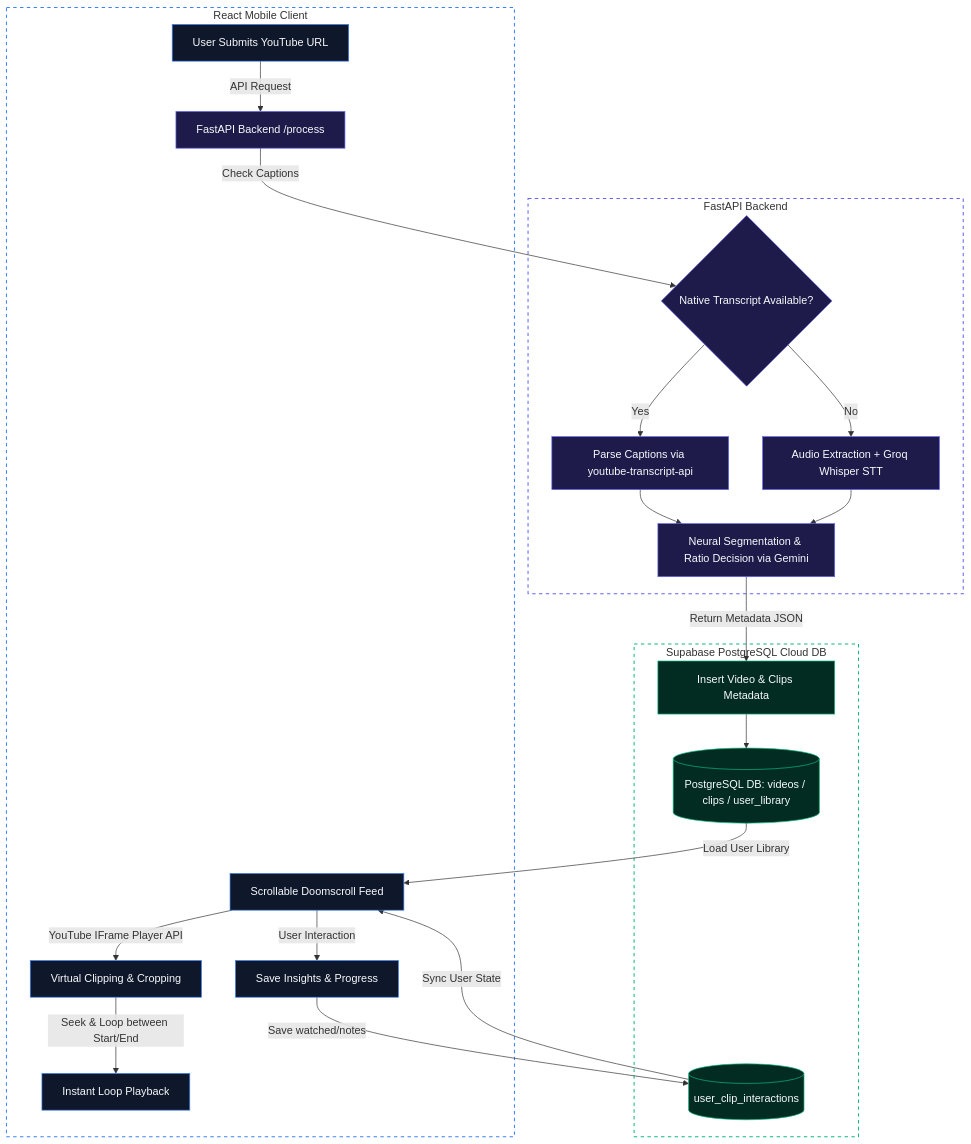
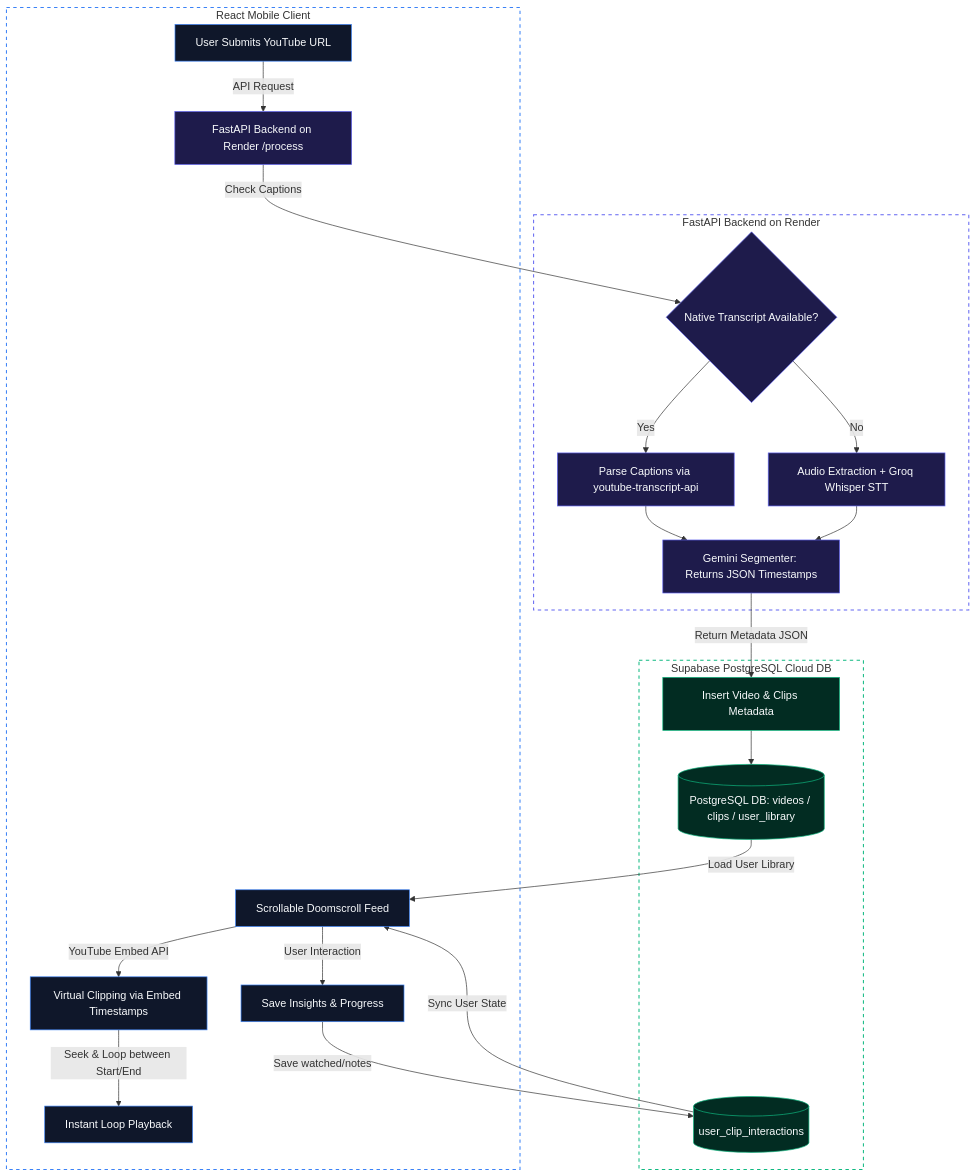
The diagram in README.md (abdulrahimzulfiqar/productive-doomscrolling), drawn with Mermaid before and after one commit. The commit also changed other lines of this file, not shown here.

Commit message:
docs: include Render backend hosting, Gemini JSON timestamps, and YouTube embed timestamp loop control in README

````diff
--- a/README.md
+++ b/README.md
@@ -11,43 +11,43 @@
 ```mermaid
 graph TD
     %% Frontend Flow
     subgraph Frontend [React Mobile Client]
-        A[User Submits YouTube URL] -->|API Request| B[FastAPI Backend /process]
-        H[Scrollable Doomscroll Feed] -->|YouTube IFrame Player API| I[Virtual Clipping & Cropping]
+        A[User Submits YouTube URL] -->|API Request| B[FastAPI Backend on Render /process]
+        H[Scrollable Doomscroll Feed] -->|YouTube Embed API| I[Virtual Clipping via Embed Timestamps]
         I -->|Seek & Loop between Start/End| J[Instant Loop Playback]
         H -->|User Interaction| K[Save Insights & Progress]
     end
 
     %% Backend Flow
-    subgraph Backend [FastAPI Backend]
+    subgraph Backend [FastAPI Backend on Render]
         B -->|Check Captions| C{Native Transcript Available?}
         C -->|Yes| D[Parse Captions via youtube-transcript-api]
         C -->|No| E[Audio Extraction + Groq Whisper STT]
-        D & E --> F[Neural Segmentation & Ratio Decision via Gemini]
+        D & E --> F[Gemini Segmenter: Returns JSON Timestamps]
     end
 
     %% Database Flow
     subgraph Database [Supabase PostgreSQL Cloud DB]
         F -->|Return Metadata JSON| L[Insert Video & Clips Metadata]
         L --> G[(PostgreSQL DB: videos / clips / user_library)]
         K -->|Save watched/notes| M[(user_clip_interactions)]
     end
 
     %% Wiring
     G -->|Load User Library| H
     M -->|Sync User State| H
 
     %% Style Classes for Dark & Light Mode Compatibility
     classDef clientStyle fill:#0f172a,stroke:#3b82f6,stroke-width:1px,color:#f8fafc;
     classDef serverStyle fill:#1e1b4b,stroke:#6366f1,stroke-width:1px,color:#f8fafc;
     classDef dbStyle fill:#022c22,stroke:#10b981,stroke-width:1px,color:#f8fafc;
 
     class A,H,I,J,K clientStyle;
     class B,C,D,E,F serverStyle;
     class L,G,M dbStyle;
 
     %% Subgraph Aesthetics
     style Frontend fill:none,stroke:#3b82f6,stroke-width:1.5px,stroke-dasharray: 5 5;
     style Backend fill:none,stroke:#6366f1,stroke-width:1.5px,stroke-dasharray: 5 5;
     style Database fill:none,stroke:#10b981,stroke-width:1.5px,stroke-dasharray: 5 5;
 ```
````
